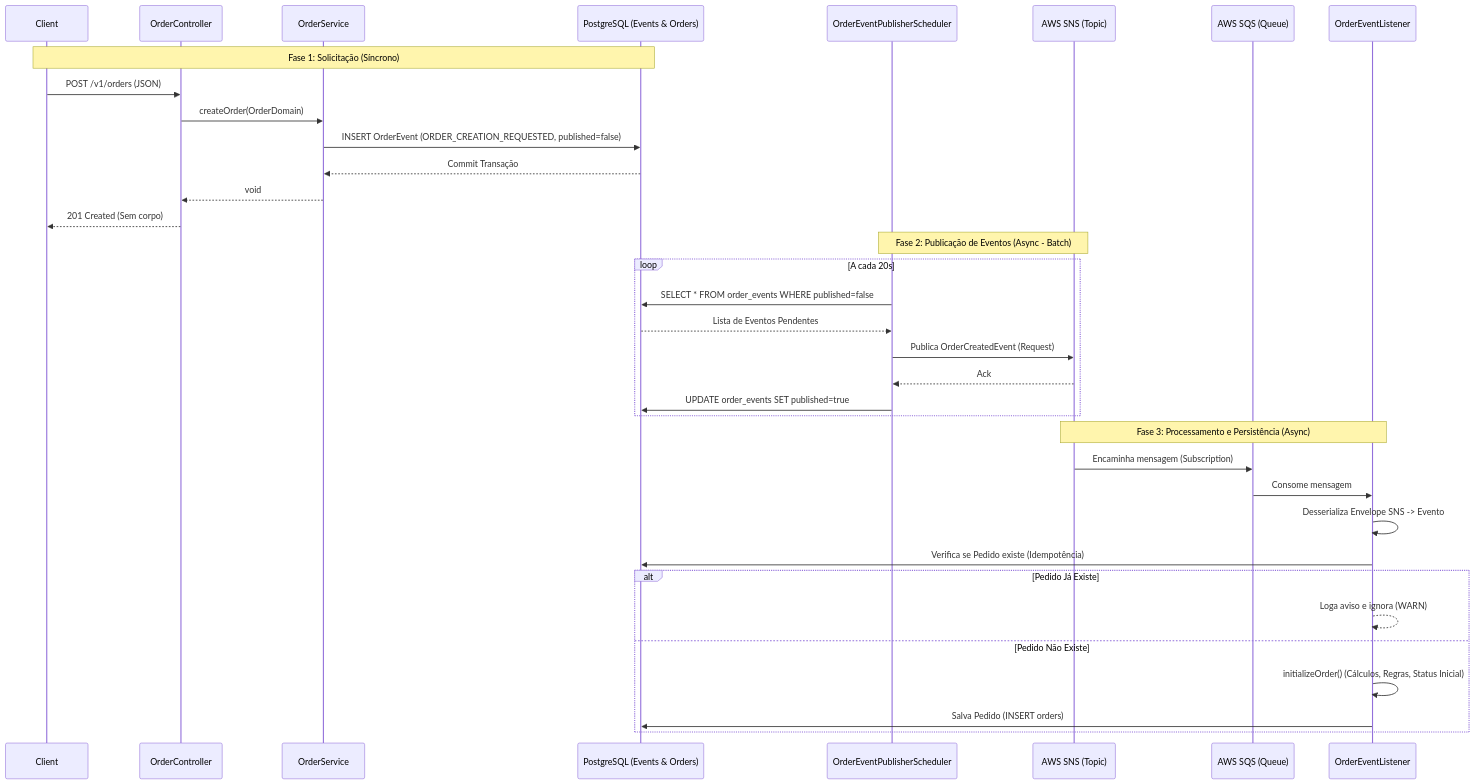
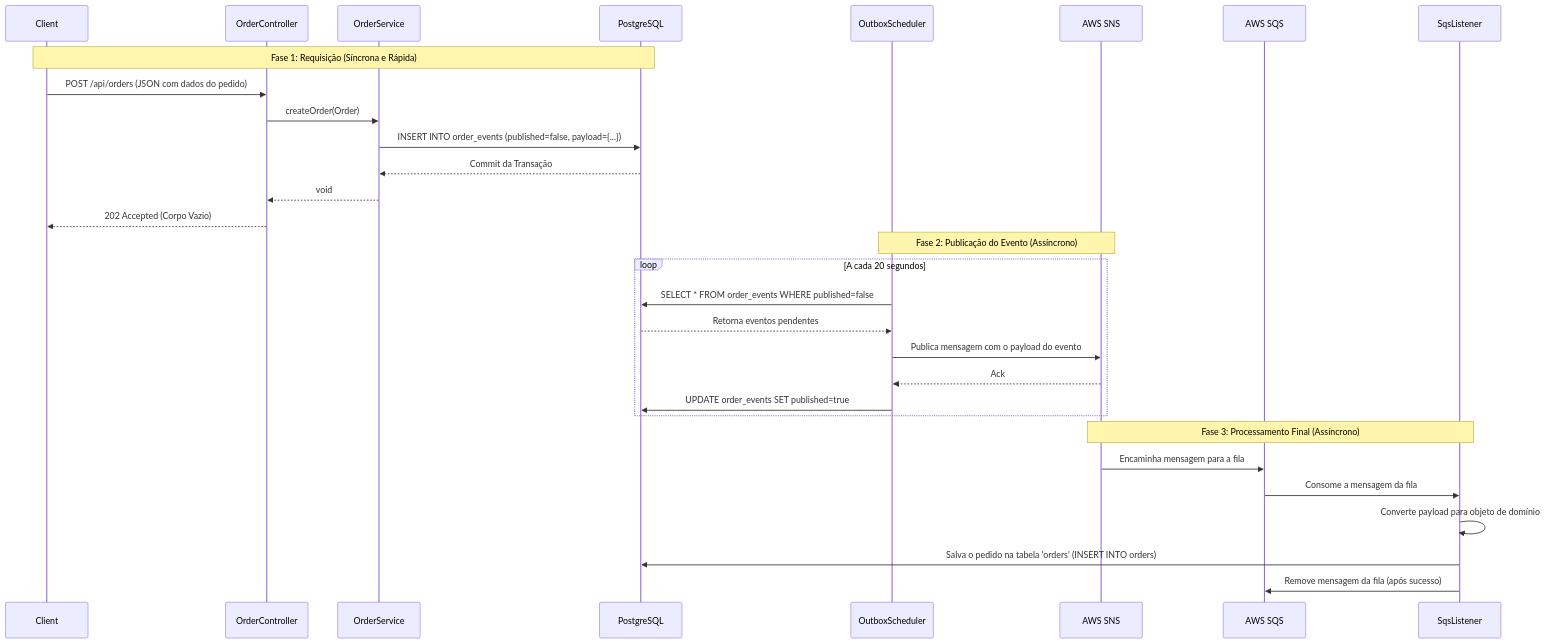
The diagram in backend/ms-order/API_DOCS.md (GabrielBobrov/e-commerce), drawn with Mermaid before and after one commit. The commit also changed other lines of this file and 17 other files, not shown here.

````diff
--- a/backend/ms-order/API_DOCS.md
+++ b/backend/ms-order/API_DOCS.md
@@ -13,40 +13,35 @@
 ```mermaid
 sequenceDiagram
     participant Client
     participant Controller as OrderController
     participant Service as OrderService
-    participant DB as PostgreSQL (Events & Orders)
-    participant Scheduler as OrderEventPublisherScheduler
-    participant SNS as AWS SNS (Topic)
-    participant SQS as AWS SQS (Queue)
-    participant Listener as OrderEventListener
+    participant DB as PostgreSQL
+    participant Scheduler as OutboxScheduler
+    participant SNS as AWS SNS
+    participant SQS as AWS SQS
+    participant Listener as SqsListener
 
-    Note over Client, DB: Fase 1: Solicitação (Síncrono)
-    Client->>Controller: POST /v1/orders (JSON)
-    Controller->>Service: createOrder(OrderDomain)
-    Service->>DB: INSERT OrderEvent (ORDER_CREATION_REQUESTED, published=false)
-    DB-->>Service: Commit Transação
+    Note over Client, DB: Fase 1: Requisição (Síncrona e Rápida)
+    Client->>Controller: POST /api/orders (JSON com dados do pedido)
+    Controller->>Service: createOrder(Order)
+    Service->>DB: INSERT INTO order_events (published=false, payload={...})
+    DB-->>Service: Commit da Transação
     Service-->>Controller: void
-    Controller-->>Client: 201 Created (Sem corpo)
-    
-    Note over Scheduler, SNS: Fase 2: Publicação de Eventos (Async - Batch)
-    loop A cada 20s
+    Controller-->>Client: 202 Accepted (Corpo Vazio)
+
+    Note over Scheduler, SNS: Fase 2: Publicação do Evento (Assíncrono)
+    loop A cada 20 segundos
         Scheduler->>DB: SELECT * FROM order_events WHERE published=false
-        DB-->>Scheduler: Lista de Eventos Pendentes
-        Scheduler->>SNS: Publica OrderCreatedEvent (Request)
+        DB-->>Scheduler: Retorna eventos pendentes
+        Scheduler->>SNS: Publica mensagem com o payload do evento
         SNS-->>Scheduler: Ack
         Scheduler->>DB: UPDATE order_events SET published=true
     end
-    
-    Note over SNS, Listener: Fase 3: Processamento e Persistência (Async)
-    SNS->>SQS: Encaminha mensagem (Subscription)
-    SQS->>Listener: Consome mensagem
-    Listener->>Listener: Desserializa Envelope SNS -> Evento
-    Listener->>DB: Verifica se Pedido existe (Idempotência)
-    alt Pedido Já Existe
-        Listener-->>Listener: Loga aviso e ignora (WARN)
-    else Pedido Não Existe
-        Listener->>Listener: initializeOrder() (Cálculos, Regras, Status Inicial)
-        Listener->>DB: Salva Pedido (INSERT orders)
-    end
+
+    Note over SNS, Listener: Fase 3: Processamento Final (Assíncrono)
+    SNS->>SQS: Encaminha mensagem para a fila
+    SQS->>Listener: Consome a mensagem da fila
+    Listener->>Listener: Converte payload para objeto de domínio
+    Listener->>DB: Salva o pedido na tabela 'orders' (INSERT INTO orders)
+    Listener->>SQS: Remove mensagem da fila (após sucesso)
 ```
````
